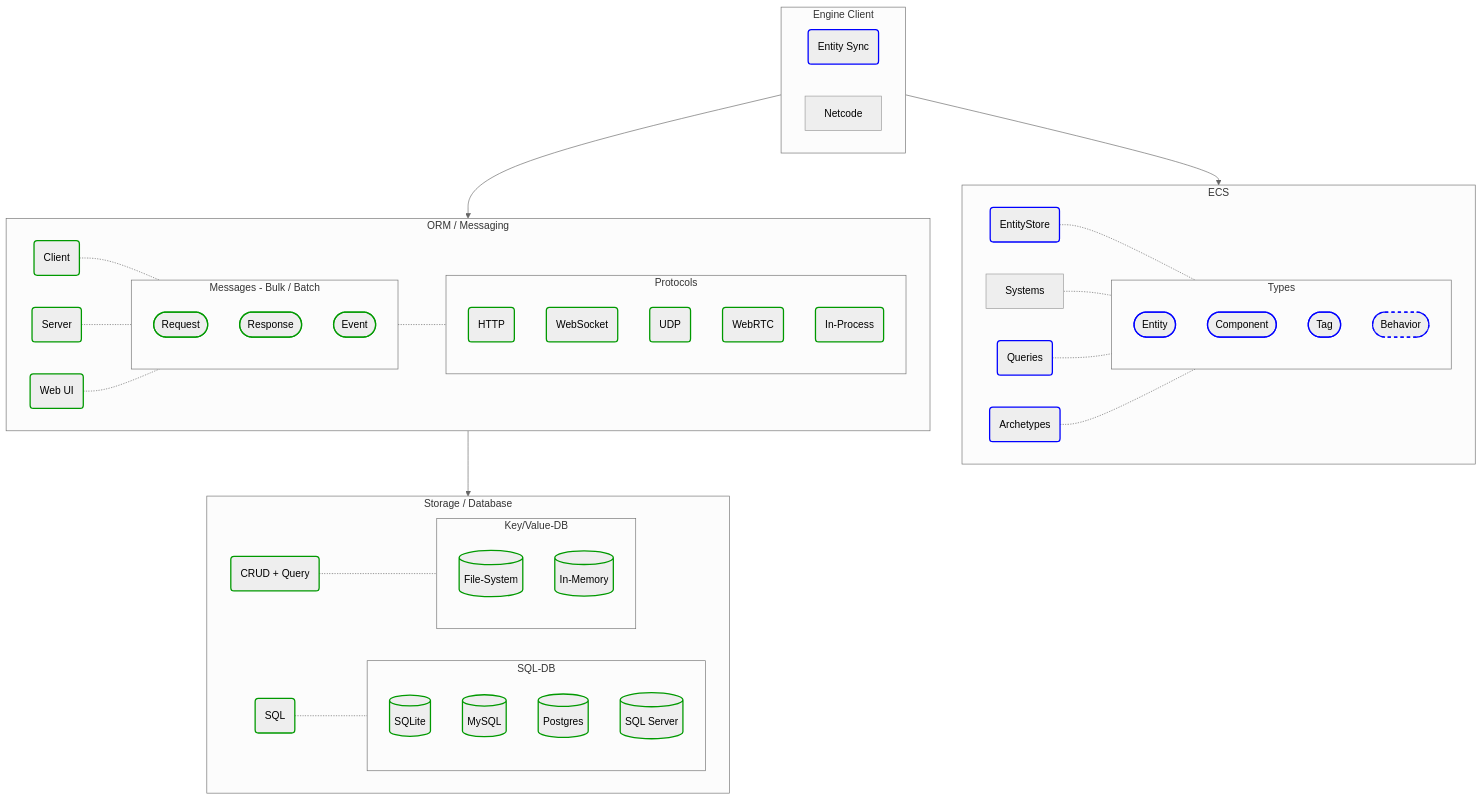
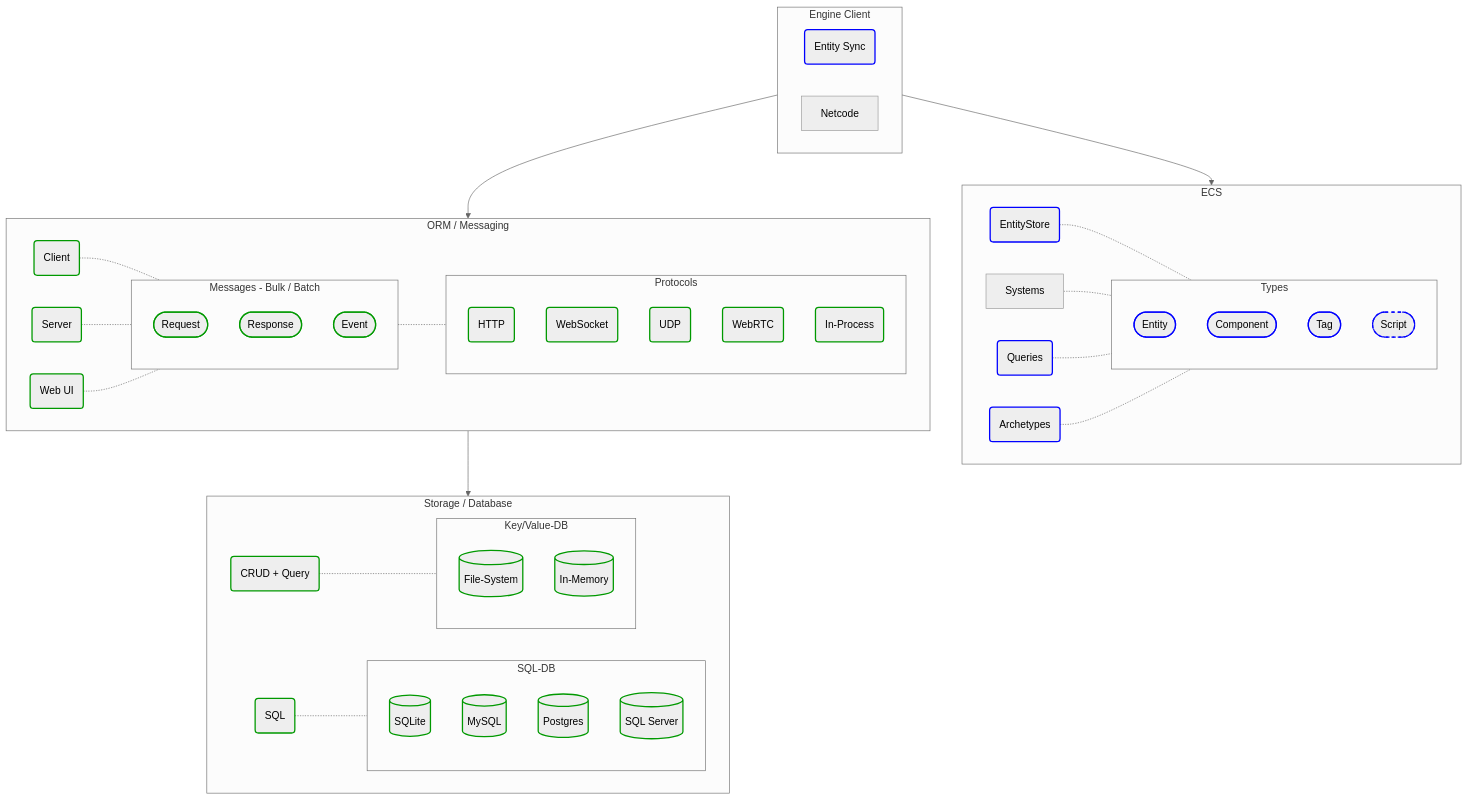
One commit to friflo/Friflo.Json.Fliox changed the second of 4 diagrams in Engine/README.md. Above: the diagram before and after it, drawn with Mermaid (neutral theme). The commit also changed other lines of this file and 27 other files, not shown here.

Commit message:
Engine - rename: Behavior -> Script

```diff
--- a/Engine/README.md
+++ b/Engine/README.md
@@ -127,7 +127,7 @@
             Entity([Entity]):::implemented
             Component([Component]):::implemented
             Tag([Tag]):::implemented
-            Behavior([Behavior]):::implementedDotted
+            Script([Script]):::implementedDotted
         end
 
         EntityStore  -.- ECS-Types
```
